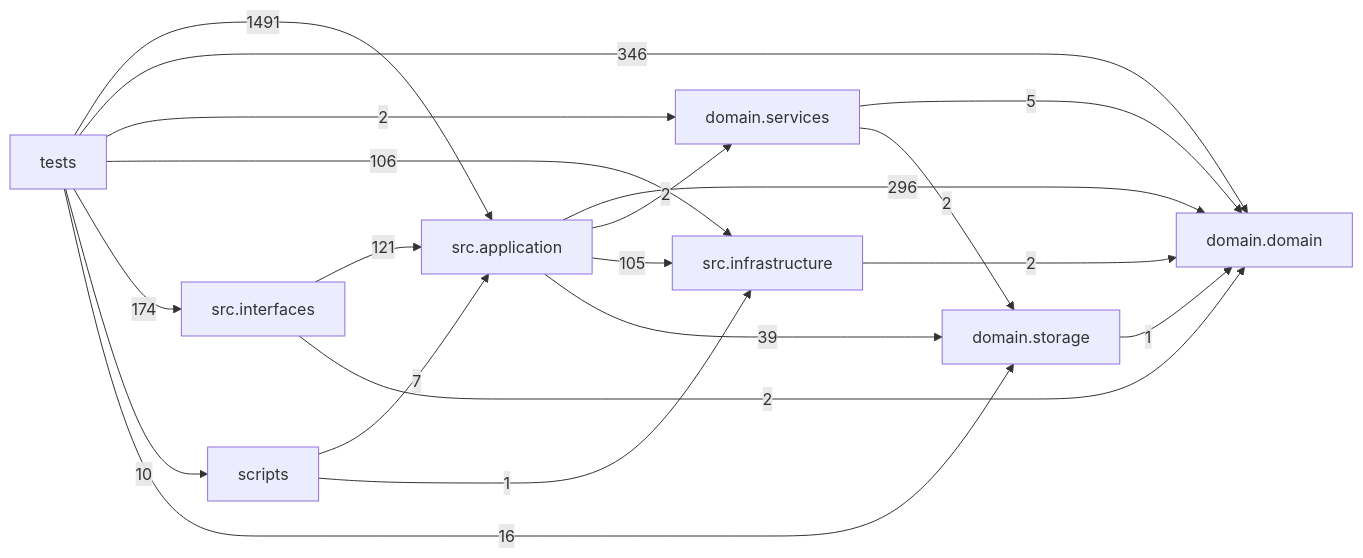
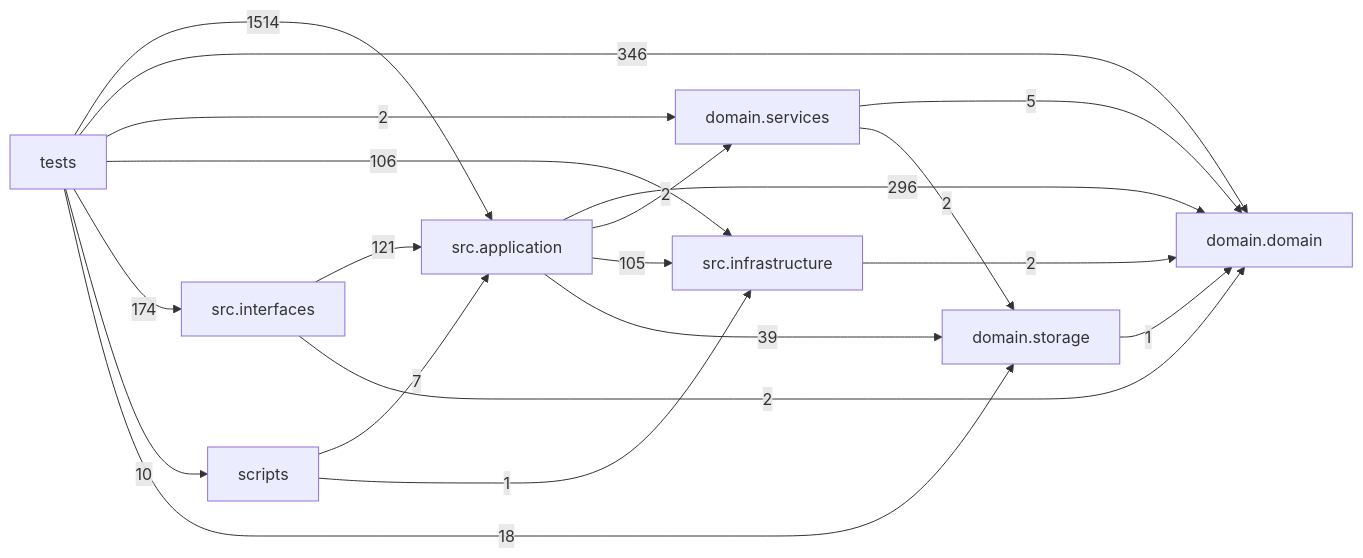
Before and after one commit to liuxie066/options-monitor: the diagram in docs/DEPENDENCY_GRAPH.md, drawn with Mermaid. The commit also changed other lines of this file and 13 other files, not shown here.

````diff
--- a/docs/DEPENDENCY_GRAPH.md
+++ b/docs/DEPENDENCY_GRAPH.md
@@ -24,30 +24,30 @@
 ```mermaid
 flowchart LR
   tests["tests"]
   scripts["scripts"]
   interfaces["src.interfaces"]
   application["src.application"]
   infrastructure["src.infrastructure"]
   domain_services["domain.services"]
   domain["domain.domain"]
   storage["domain.storage"]
   application -->|296| domain
   application -->|2| domain_services
   application -->|105| infrastructure
   application -->|39| storage
   domain_services -->|5| domain
   domain_services -->|2| storage
   infrastructure -->|2| domain
   interfaces -->|121| application
   interfaces -->|2| domain
   scripts -->|7| application
   scripts -->|1| infrastructure
   storage -->|1| domain
-  tests -->|1491| application
+  tests -->|1514| application
   tests -->|346| domain
   tests -->|2| domain_services
   tests -->|106| infrastructure
   tests -->|174| interfaces
   tests -->|10| scripts
-  tests -->|16| storage
+  tests -->|18| storage
 ```
````
